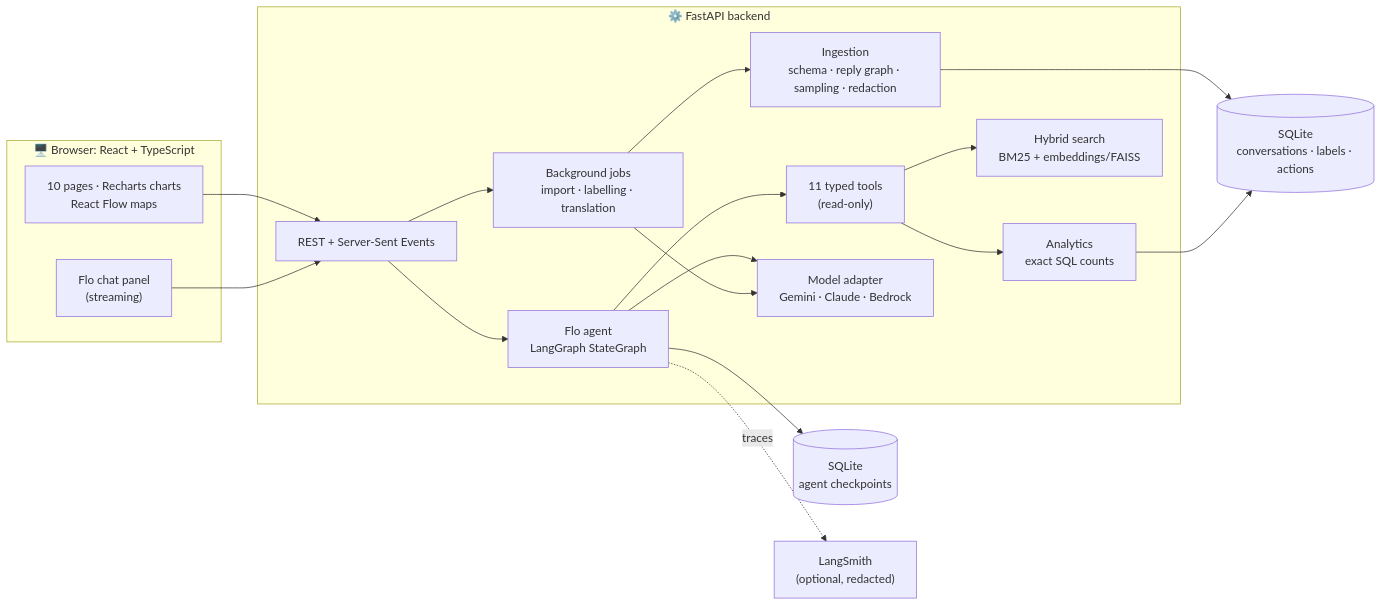
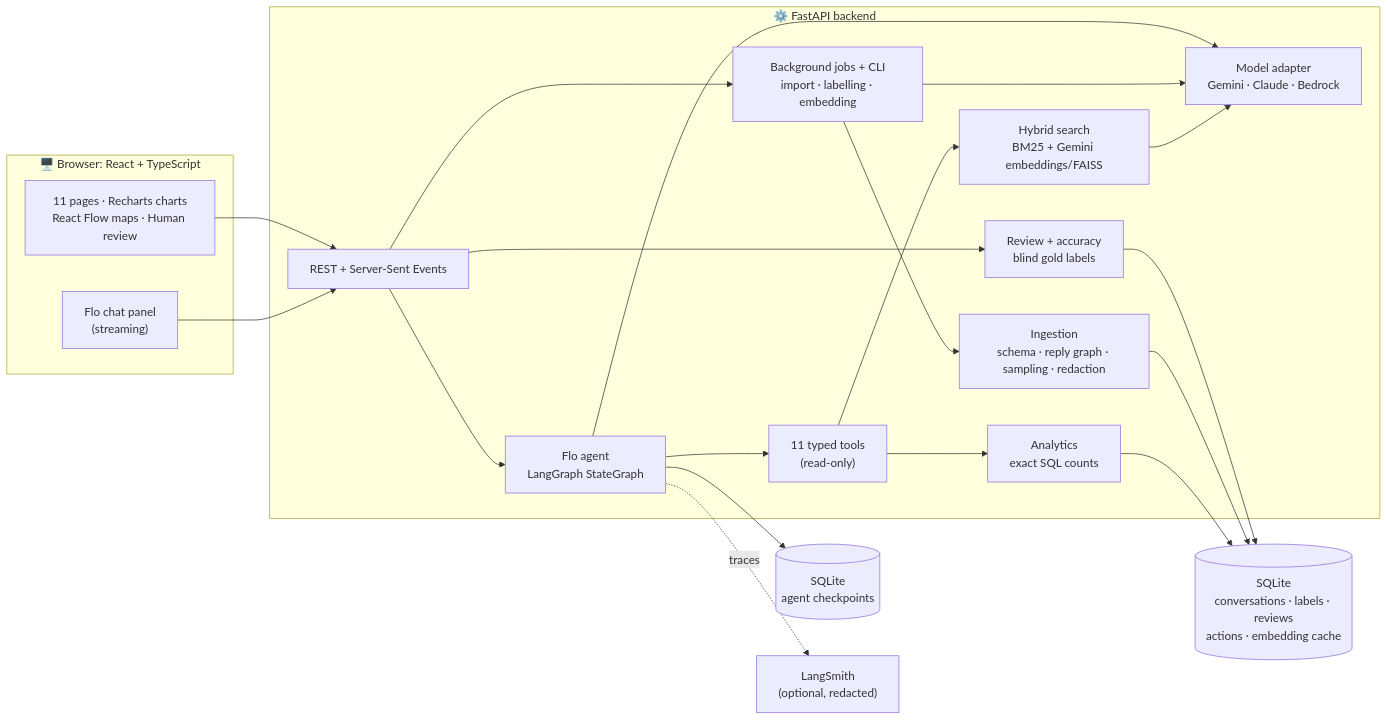
The eighth of 10 diagrams in convolens/README.md (florina787/Data-sets), drawn with Mermaid before and after one commit. The commit also changed other lines of this file, not shown here.

First line of the commit message:
Rewrite README: assignment checklist, Gemini AI layer, live Flo, semantic search, human review, updated status

````diff
--- a/convolens/README.md
+++ b/convolens/README.md
@@ -480,29 +556,32 @@
 ```mermaid
 flowchart LR
   subgraph Browser["🖥️ Browser: React + TypeScript"]
-    UI["10 pages · Recharts charts<br/>React Flow maps"]
+    UI["11 pages · Recharts charts<br/>React Flow maps · Human review"]
     FLO["Flo chat panel<br/>(streaming)"]
   end
   subgraph Backend["⚙️ FastAPI backend"]
     API["REST + Server-Sent Events"]
-    JOBS["Background jobs<br/>import · labelling · translation"]
+    JOBS["Background jobs + CLI<br/>import · labelling · embedding"]
     ING["Ingestion<br/>schema · reply graph · sampling · redaction"]
     SQL["Analytics<br/>exact SQL counts"]
-    RET["Hybrid search<br/>BM25 + embeddings/FAISS"]
+    RET["Hybrid search<br/>BM25 + Gemini embeddings/FAISS"]
+    REV["Review + accuracy<br/>blind gold labels"]
     G["Flo agent<br/>LangGraph StateGraph"]
     TOOLS["11 typed tools<br/>(read-only)"]
     LLM["Model adapter<br/>Gemini · Claude · Bedrock"]
   end
-  DB[("SQLite<br/>conversations · labels · actions")]
+  DB[("SQLite<br/>conversations · labels · reviews<br/>actions · embedding cache")]
   CK[("SQLite<br/>agent checkpoints")]
   LS["LangSmith<br/>(optional, redacted)"]
   UI --> API
   FLO --> API
   API --> G --> TOOLS --> SQL & RET
+  API --> REV --> DB
   G --> LLM
   G --> CK
   API --> JOBS --> ING --> DB
   JOBS --> LLM
+  RET --> LLM
   SQL --> DB
   G -. traces .-> LS
 ```
````
